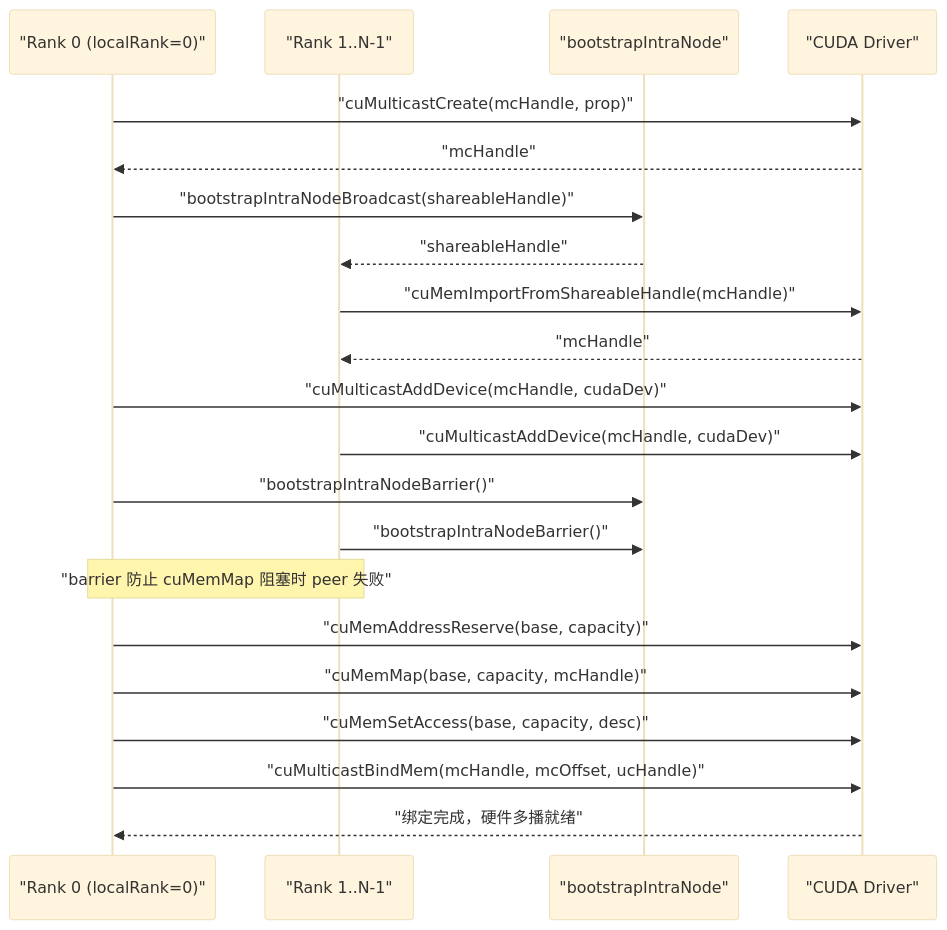
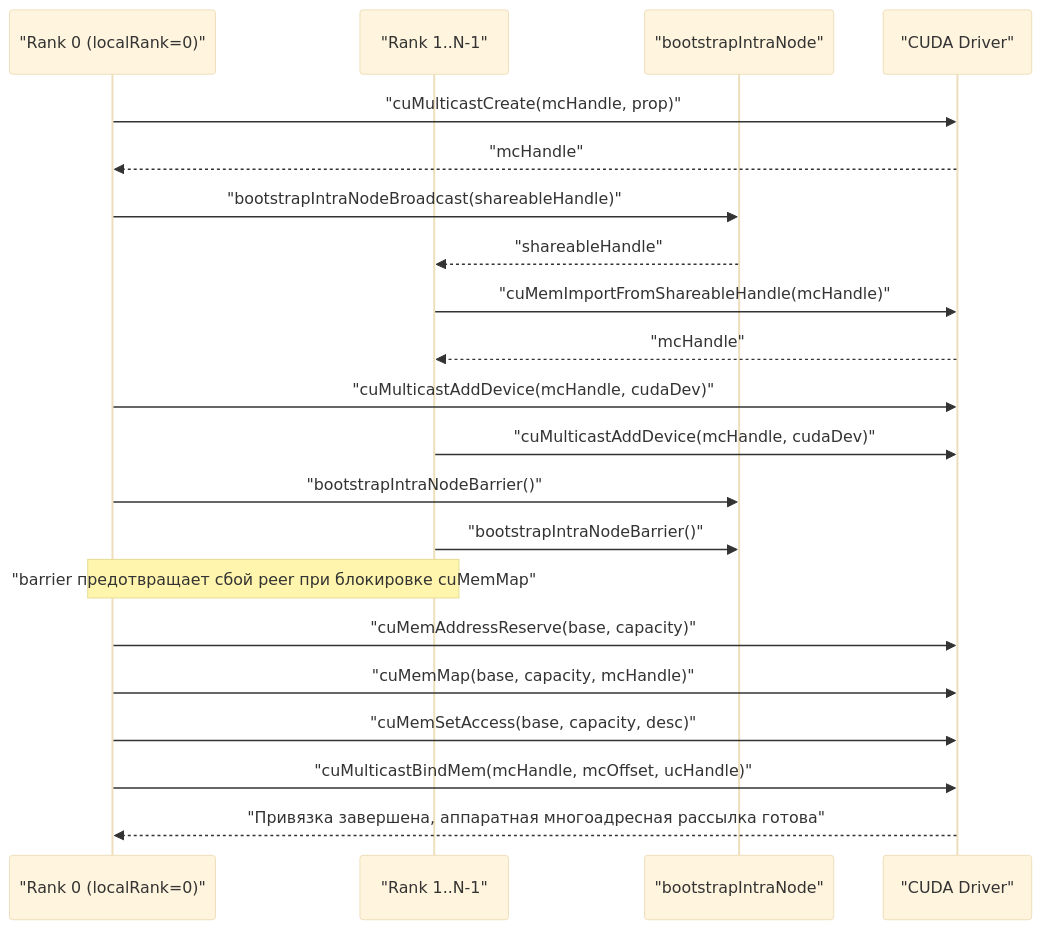
The second of 3 diagrams in books/nccl/ru/14-symmetric-memory-and-nvls-multicast.md (maleRjc/AiReadCodeBooks), drawn with Mermaid (base theme) before and after one commit. The commit also changed other lines of this file and 74 other files, not shown here.

````diff
--- a/books/nccl/ru/14-symmetric-memory-and-nvls-multicast.md
+++ b/books/nccl/ru/14-symmetric-memory-and-nvls-multicast.md
@@ -419,24 +421,24 @@
 ```mermaid
 sequenceDiagram
     participant R0 as "Rank 0 (localRank=0)"
     participant R1 as "Rank 1..N-1"
     participant BS as "bootstrapIntraNode"
     participant CU as "CUDA Driver"
 
     R0->>CU: "cuMulticastCreate(mcHandle, prop)"
     CU-->>R0: "mcHandle"
     R0->>BS: "bootstrapIntraNodeBroadcast(shareableHandle)"
     BS-->>R1: "shareableHandle"
     R1->>CU: "cuMemImportFromShareableHandle(mcHandle)"
     CU-->>R1: "mcHandle"
     R0->>CU: "cuMulticastAddDevice(mcHandle, cudaDev)"
     R1->>CU: "cuMulticastAddDevice(mcHandle, cudaDev)"
     R0->>BS: "bootstrapIntraNodeBarrier()"
     R1->>BS: "bootstrapIntraNodeBarrier()"
-    Note over R0,R1: "barrier 防止 cuMemMap 阻塞时 peer 失败"
+    Note over R0,R1: "barrier предотвращает сбой peer при блокировке cuMemMap"
     R0->>CU: "cuMemAddressReserve(base, capacity)"
     R0->>CU: "cuMemMap(base, capacity, mcHandle)"
     R0->>CU: "cuMemSetAccess(base, capacity, desc)"
     R0->>CU: "cuMulticastBindMem(mcHandle, mcOffset, ucHandle)"
-    CU-->>R0: "绑定完成，硬件多播就绪"
+    CU-->>R0: "Привязка завершена, аппаратная многоадресная рассылка готова"
 ```
````
